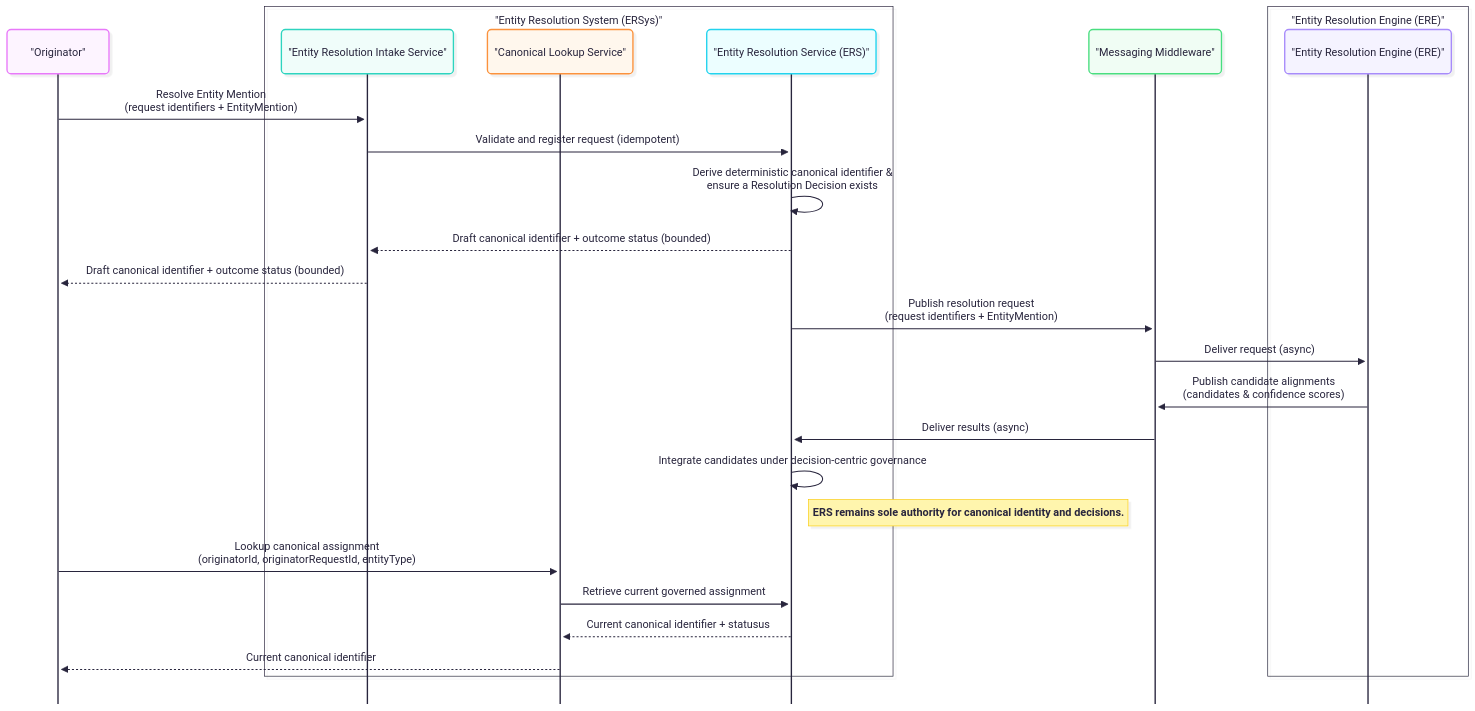
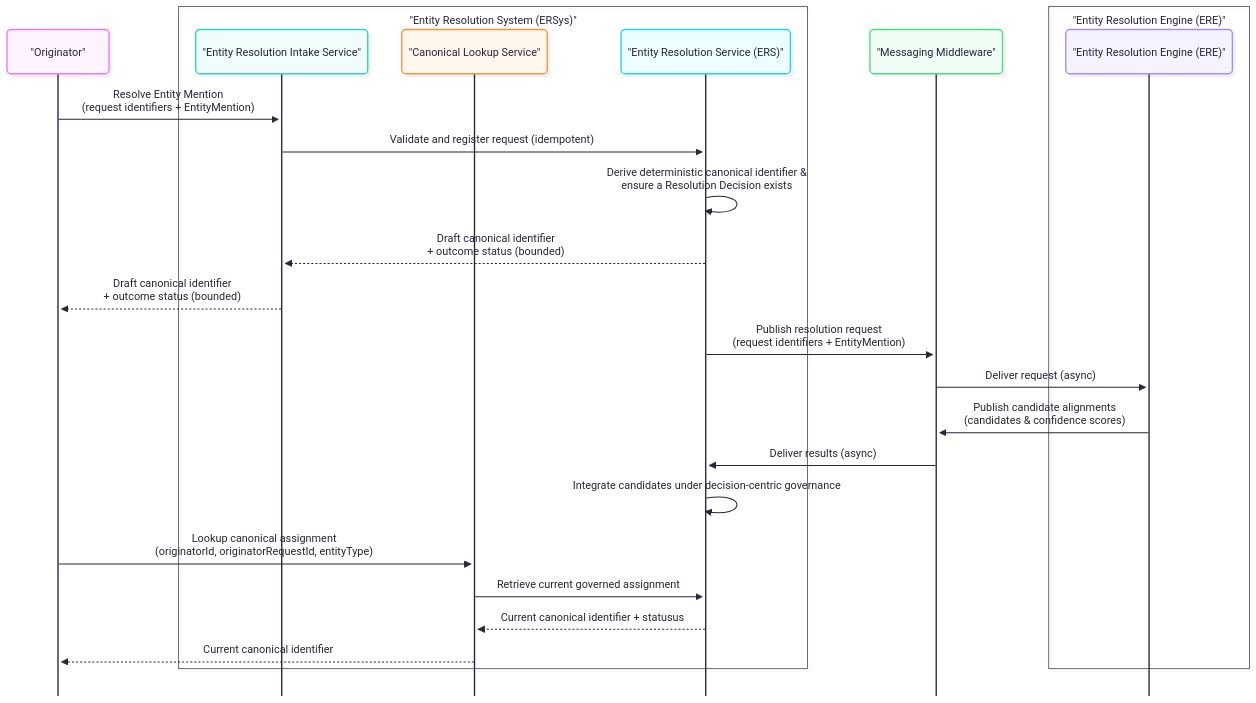
The diagram in docs/architecture/E2E-resolution-cycle.mmd (OP-TED/entity-resolution-spec), drawn with Mermaid before and after one commit. The commit also changed 3 other files, not shown here.

Commit message:
created the spine diagrams for section 8

```diff
--- a/docs/architecture/E2E-resolution-cycle.mmd
+++ b/docs/architecture/E2E-resolution-cycle.mmd
@@ -1,50 +1,50 @@
 ---
 config:
   look: neo
   theme: redux-color
   mirrorActors: false
   sequence:
     bottomMarginAdj: 0.1
 ---
 sequenceDiagram
 %% Maps to EA diagram: UML Sequence (high-level overview)
 %% Purpose: show end-to-end resolution cycle with bounded response,
 %% asynchronous engine processing, and convergence via lookup.
 
 %% External client
 participant Originator as "Originator"
 
 box "Entity Resolution System (ERSys)"
     participant ERIntake as "Entity Resolution Intake Service"
     participant CanonicalLookup as "Canonical Lookup Service"
     participant ERS as "Entity Resolution Service (ERS)"
 end
 
 participant MessagingMiddleware as "Messaging Middleware"
 
 box "Entity Resolution Engine (ERE)"
     participant ERE as "Entity Resolution Engine (ERE)"
 end
 
 %% --- Client-facing bounded resolve ---
 Originator ->> ERIntake: Resolve Entity Mention <br> (request identifiers + EntityMention)
 ERIntake ->> ERS: Validate and register request (idempotent)
 ERS ->> ERS: Derive deterministic canonical identifier &<br> ensure a Resolution Decision exists
-ERS -->> ERIntake: Draft canonical identifier + outcome status (bounded)
-ERIntake -->> Originator: Draft canonical identifier + outcome status (bounded)
+ERS -->> ERIntake: Draft canonical identifier <br> + outcome status (bounded)
+ERIntake -->> Originator: Draft canonical identifier <br>+ outcome status (bounded)
 
 %% --- Asynchronous resolution ---
 ERS ->> MessagingMiddleware: Publish resolution request <br> (request identifiers + EntityMention)
 MessagingMiddleware ->> ERE: Deliver request (async)
 
 ERE ->> MessagingMiddleware: Publish candidate alignments <br> (candidates & confidence scores)
 MessagingMiddleware ->> ERS: Deliver results (async)
 
 ERS ->> ERS: Integrate candidates under decision-centric governance
-note right of ERS: ERS remains sole authority for canonical identity and decisions.
+%%note right of ERS: ERS remains sole authority for canonical identity and decisions.
 
 %% --- Convergence via lookup ---
 Originator ->> CanonicalLookup: Lookup canonical assignment <br> (originatorId, originatorRequestId, entityType)
 CanonicalLookup ->> ERS: Retrieve current governed assignment
 ERS -->> CanonicalLookup: Current canonical identifier + statusus
 CanonicalLookup -->> Originator: Current canonical identifier
```
